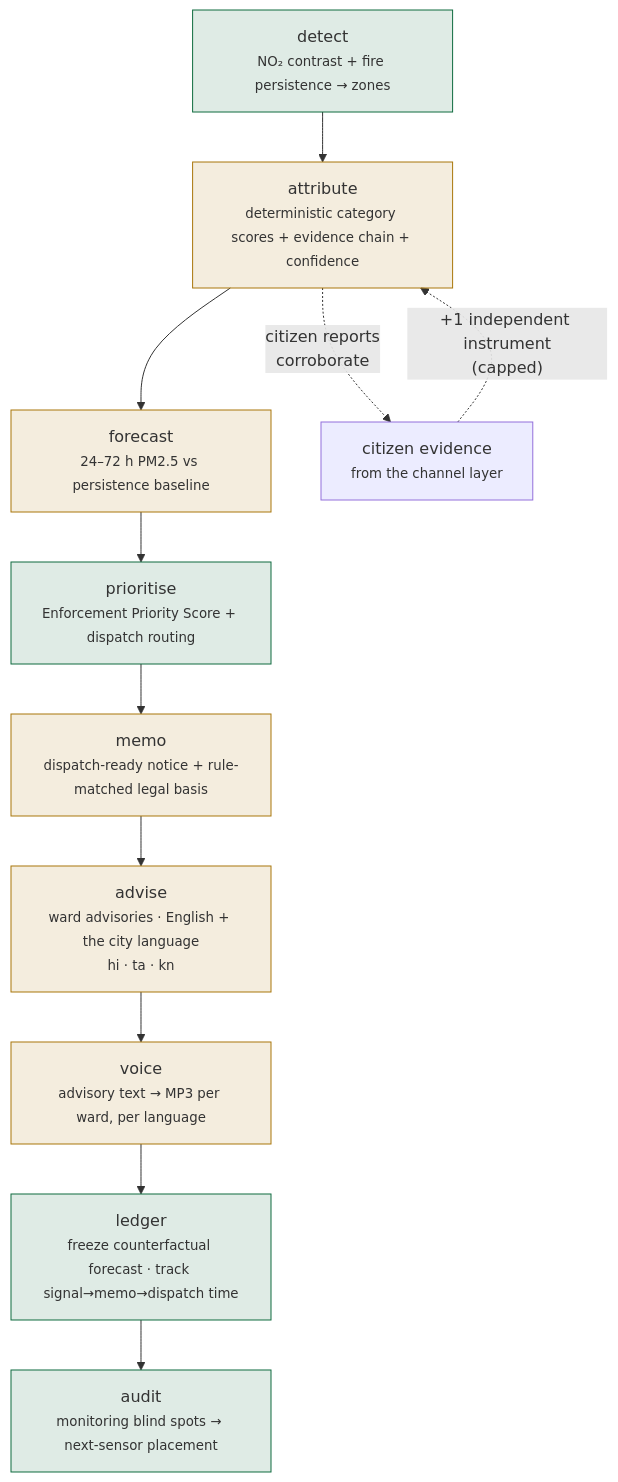
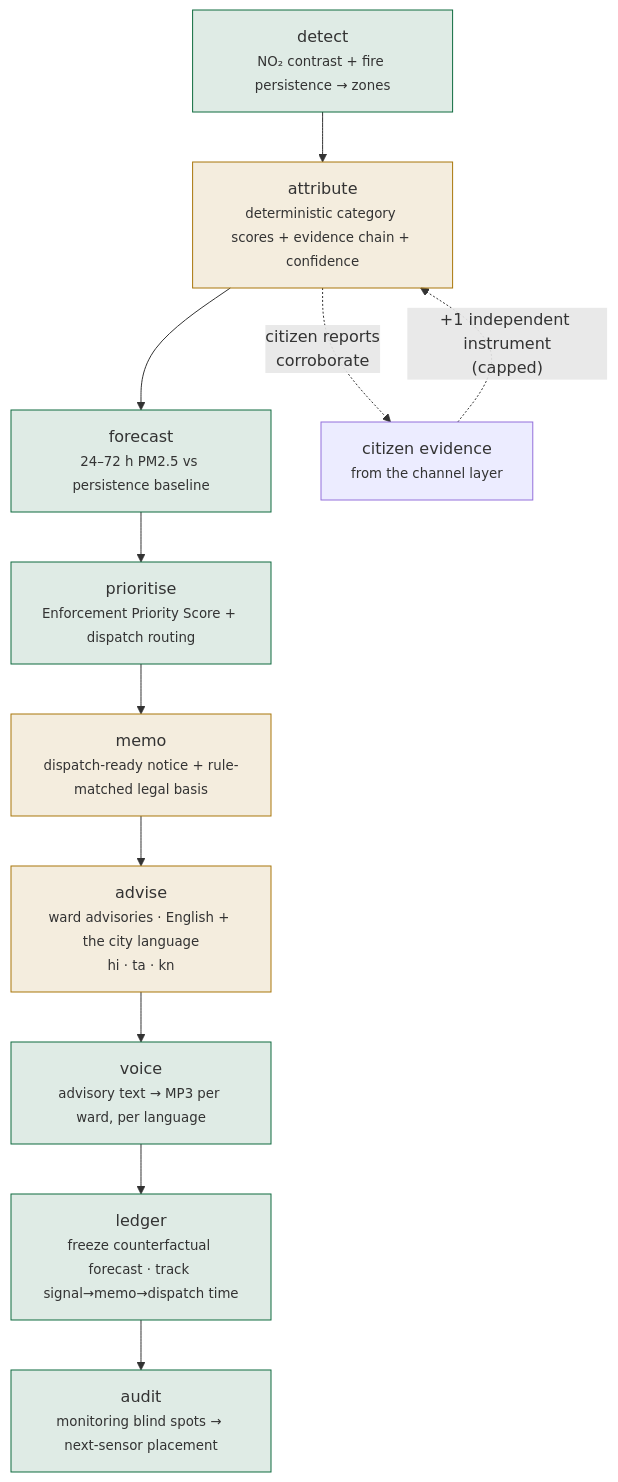
One commit to coffeine16/AirCase changed the second of 4 diagrams in README.md. Above: the diagram before and after it, drawn with Mermaid. The commit also changed other lines of this file, not shown here.

````diff
--- a/README.md
+++ b/README.md
@@ -315,21 +333,21 @@
 ```mermaid
 flowchart TD
     D["detect<br/><small>NO₂ contrast + fire persistence → zones</small>"]
     A["attribute<br/><small>deterministic category scores + evidence chain + confidence</small>"]
     F["forecast<br/><small>24–72 h PM2.5 vs persistence baseline</small>"]
     P["prioritise<br/><small>Enforcement Priority Score + dispatch routing</small>"]
     M["memo<br/><small>dispatch-ready notice + rule-matched legal basis</small>"]
     V["advise<br/><small>ward advisories · English + the city language<br/>hi · ta · kn</small>"]
     L["ledger<br/><small>freeze counterfactual forecast · track signal→memo→dispatch time</small>"]
     VO["voice<br/><small>advisory text → MP3 per ward, per language</small>"]
     AU["audit<br/><small>monitoring blind spots → next-sensor placement</small>"]
     D --> A --> F --> P --> M --> V --> VO --> L --> AU
 
     A -. "citizen reports<br/>corroborate" .-> CIT["citizen evidence<br/><small>from the channel layer</small>"]
     CIT -. "+1 independent instrument<br/>(capped)" .-> A
 
     classDef det fill:#0f6b3f22,stroke:#0f6b3f;
     classDef llm fill:#a9760a22,stroke:#a9760a;
-    class D,P,L,AU det
-    class A,F,M,V,VO llm
+    class D,F,P,L,VO,AU det
+    class A,M,V llm
 ```
````
